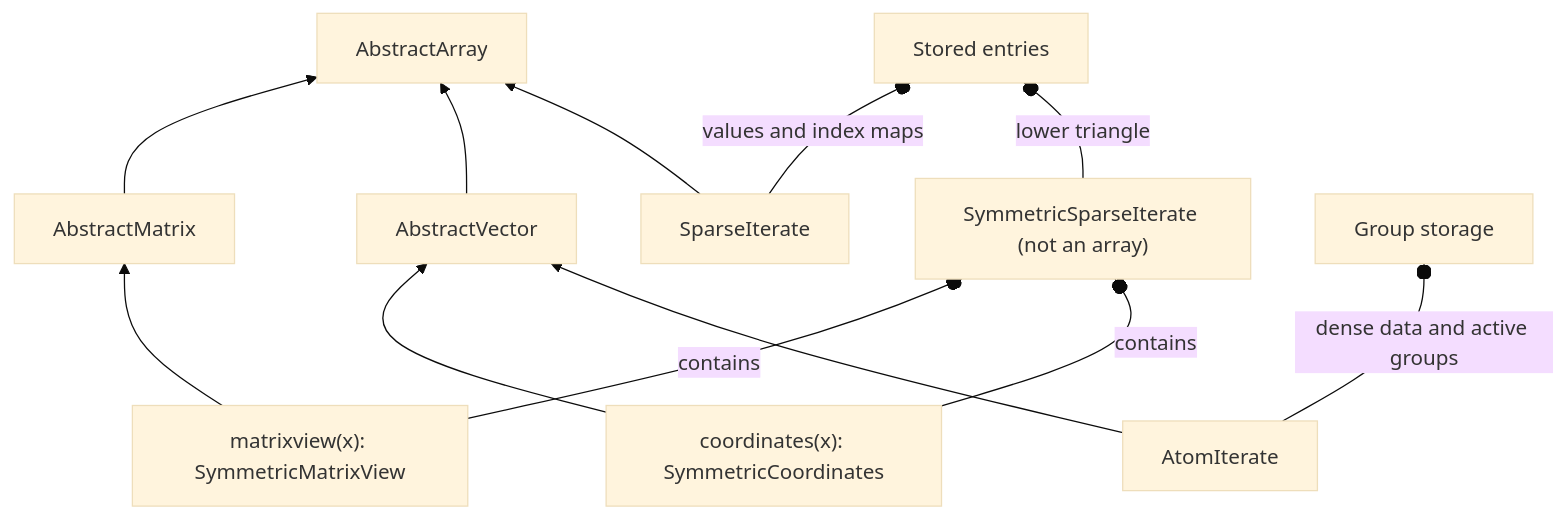
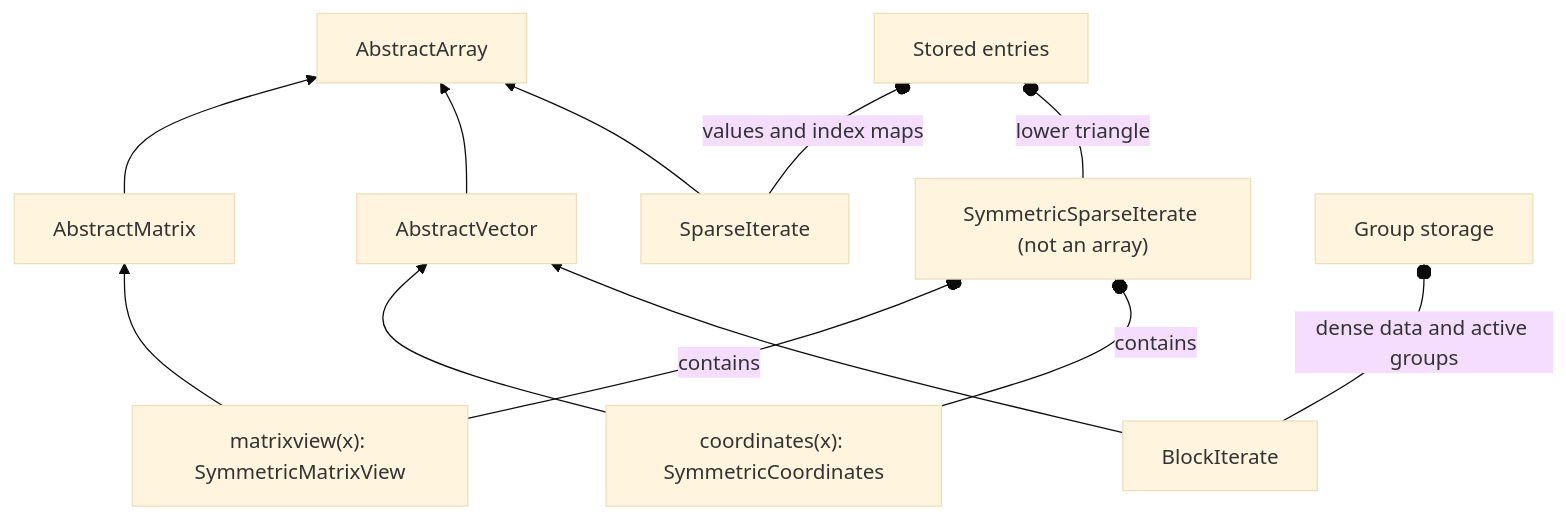
The diagram in docs/src/assets/architecture/04-storage-device.mmd (mlakolar/ProximalBase.jl), drawn with Mermaid (base theme) before and after one commit. The commit also changed 185 other files, not shown here.

First line of the commit message:
Rename grouped storage to BlockIterate and simplify block buffer ownership

```diff
--- a/docs/src/assets/architecture/04-storage-device.mmd
+++ b/docs/src/assets/architecture/04-storage-device.mmd
@@ -1,12 +1,12 @@
 flowchart BT
   SI["SparseIterate"] --> AA["AbstractArray"]
-  AT["AtomIterate"] --> AV["AbstractVector"]
+  AT["BlockIterate"] --> AV["AbstractVector"]
   AV --> AA
   AM["AbstractMatrix"] --> AA
   SS["SymmetricSparseIterate (not an array)"] --o|lower triangle| ST["Stored entries"]
   SI --o|values and index maps| ST
   AT --o|dense data and active groups| GROUP["Group storage"]
   V["coordinates(x): SymmetricCoordinates"] --> AV
   W["matrixview(x): SymmetricMatrixView"] --> AM
   V --o|contains| SS
   W --o|contains| SS
```
